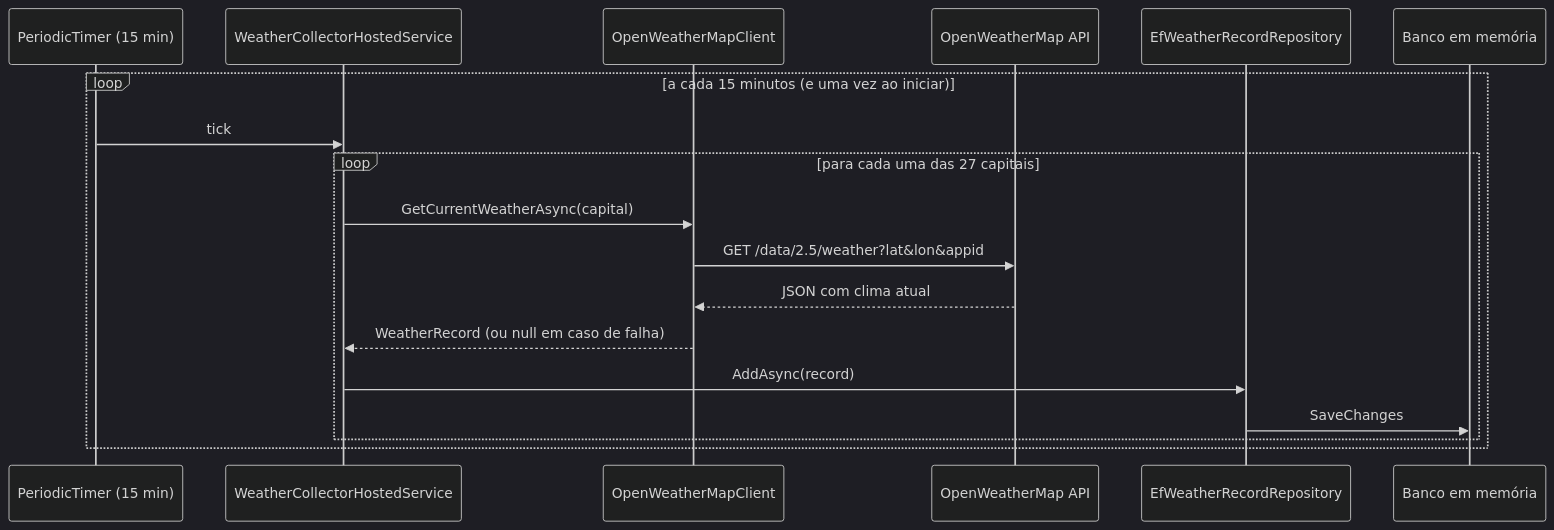
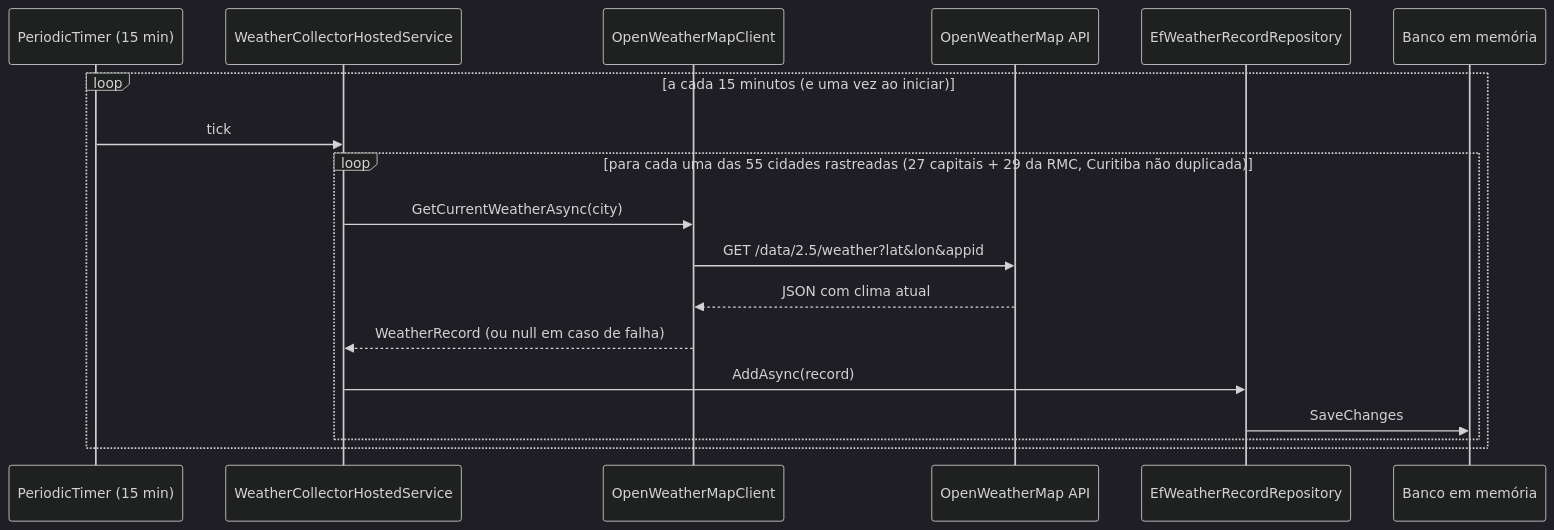
One commit to melmyuka1/clima-brasil changed the third of 3 diagrams in docs/architecture.md. Above: the diagram before and after it, drawn with Mermaid (dark theme). The commit also changed other lines of this file and 20 other files, not shown here.

````diff
--- a/docs/architecture.md
+++ b/docs/architecture.md
@@ -97,21 +97,21 @@
 ```mermaid
 sequenceDiagram
     participant Timer as PeriodicTimer (15 min)
     participant Collector as WeatherCollectorHostedService
     participant Client as OpenWeatherMapClient
     participant OWM as OpenWeatherMap API
     participant Repo as EfWeatherRecordRepository
     participant Db as Banco em memória
 
     loop a cada 15 minutos (e uma vez ao iniciar)
         Timer->>Collector: tick
-        loop para cada uma das 27 capitais
-            Collector->>Client: GetCurrentWeatherAsync(capital)
+        loop para cada uma das 55 cidades rastreadas (27 capitais + 29 da RMC, Curitiba não duplicada)
+            Collector->>Client: GetCurrentWeatherAsync(city)
             Client->>OWM: GET /data/2.5/weather?lat&lon&appid
             OWM-->>Client: JSON com clima atual
             Client-->>Collector: WeatherRecord (ou null em caso de falha)
             Collector->>Repo: AddAsync(record)
             Repo->>Db: SaveChanges
         end
     end
 ```
````
